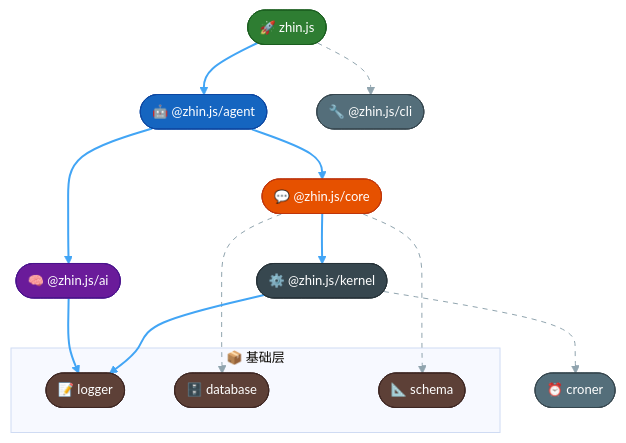
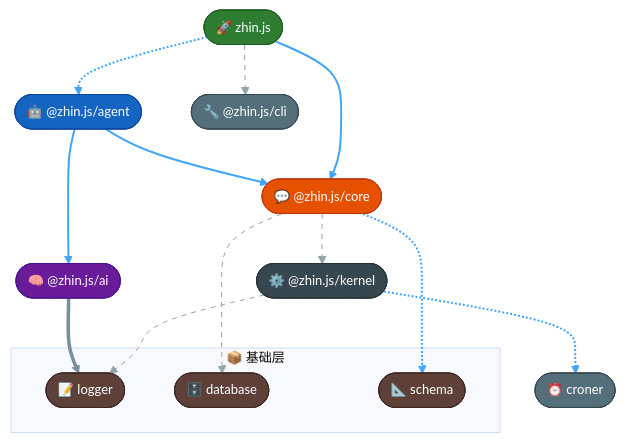
One commit to zhinjs/zhin changed the second of 4 diagrams in docs/architecture-overview.md. Above: the diagram before and after it, drawn with Mermaid. The commit also changed other lines of this file and 91 other files, not shown here.

````diff
--- a/docs/architecture-overview.md
+++ b/docs/architecture-overview.md
@@ -229,49 +229,50 @@
 ```mermaid
 %%{init: {'theme': 'base', 'themeVariables': { 'fontSize': '13px', 'lineColor': '#78909c' }}}%%
 graph TD
   zhin(["🚀 zhin.js"])
   agent(["🤖 @zhin.js/agent"])
   core(["💬 @zhin.js/core"])
   ai(["🧠 @zhin.js/ai"])
   kernel(["⚙️ @zhin.js/kernel"])
   cli(["🔧 @zhin.js/cli"])
 
   subgraph basic["📦 基础层"]
     logger(["📝 logger"])
     database(["🗄️ database"])
     schema(["📐 schema"])
   end
 
   croner(["⏰ croner"])
 
-  zhin ==> agent
+  zhin -.-> agent
   zhin -.-> cli
+  zhin ==> core
   agent ==> core
   agent ==> ai
   core ==> kernel
   core -.-> database
   core -.-> schema
   kernel ==> logger
   kernel -.-> croner
   ai ==> logger
 
   classDef app fill:#2e7d32,stroke:#1b5e20,color:#fff,rx:12
   classDef agentC fill:#1565c0,stroke:#0d47a1,color:#fff,rx:12
   classDef coreC fill:#e65100,stroke:#bf360c,color:#fff,rx:12
   classDef aiC fill:#6a1b9a,stroke:#4a148c,color:#fff,rx:12
   classDef kernelC fill:#37474f,stroke:#263238,color:#fff,rx:12
   classDef basicC fill:#5d4037,stroke:#3e2723,color:#fff,rx:12
   classDef extC fill:#546e7a,stroke:#37474f,color:#fff,rx:12
 
   class zhin app
   class agent agentC
   class core coreC
   class ai aiC
   class kernel kernelC
   class cli extC
   class logger,database,schema basicC
   class croner extC
 
   linkStyle 0,2,3,4,7,9 stroke:#42a5f5,stroke-width:2px
   linkStyle 1,5,6,8 stroke:#90a4ae,stroke-width:1px,stroke-dasharray:5
 ```
````
